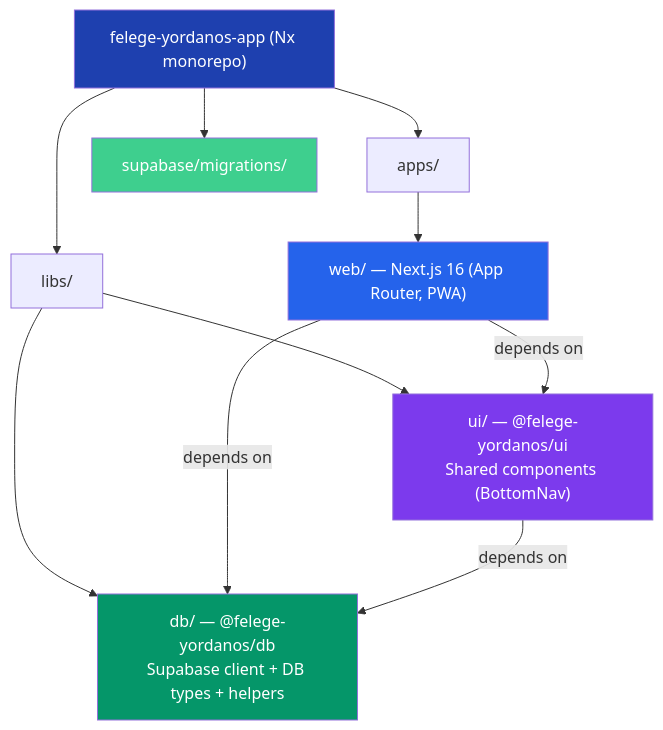
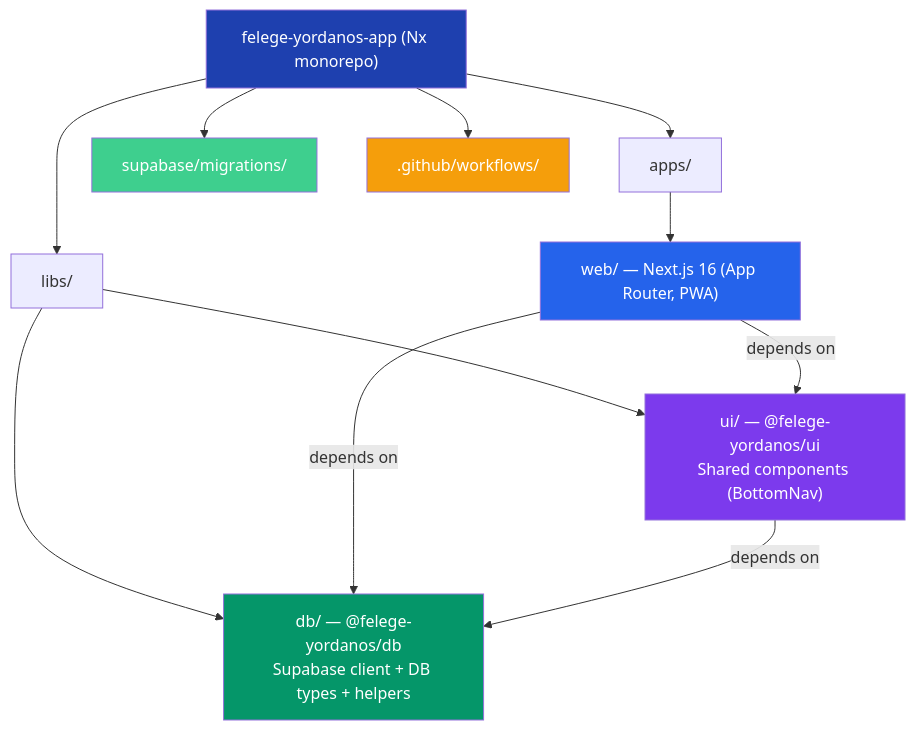
The first of 3 diagrams in docs/architecture.md (Felege-Yordanos-Tech-Team/felege-yordanos-app), drawn with Mermaid before and after one commit. The commit also changed other lines of this file and 5 other files, not shown here.

````diff
--- a/docs/architecture.md
+++ b/docs/architecture.md
@@ -5,23 +5,25 @@
 ```mermaid
 graph TD
     ROOT["felege-yordanos-app (Nx monorepo)"]
 
     ROOT --> APPS["apps/"]
     ROOT --> LIBS["libs/"]
     ROOT --> SUPA["supabase/migrations/"]
+    ROOT --> GH[".github/workflows/"]
 
     APPS --> WEB["web/ — Next.js 16 (App Router, PWA)"]
 
     LIBS --> UI["ui/ — @felege-yordanos/ui<br/>Shared components (BottomNav)"]
     LIBS --> DB["db/ — @felege-yordanos/db<br/>Supabase client + DB types + helpers"]
 
     WEB --> |depends on| UI
     WEB --> |depends on| DB
     UI --> |depends on| DB
 
     style ROOT fill:#1e40af,color:#fff
     style WEB fill:#2563eb,color:#fff
     style UI fill:#7c3aed,color:#fff
     style DB fill:#059669,color:#fff
     style SUPA fill:#3ecf8e,color:#fff
+    style GH fill:#f59e0b,color:#fff
 ```
````
